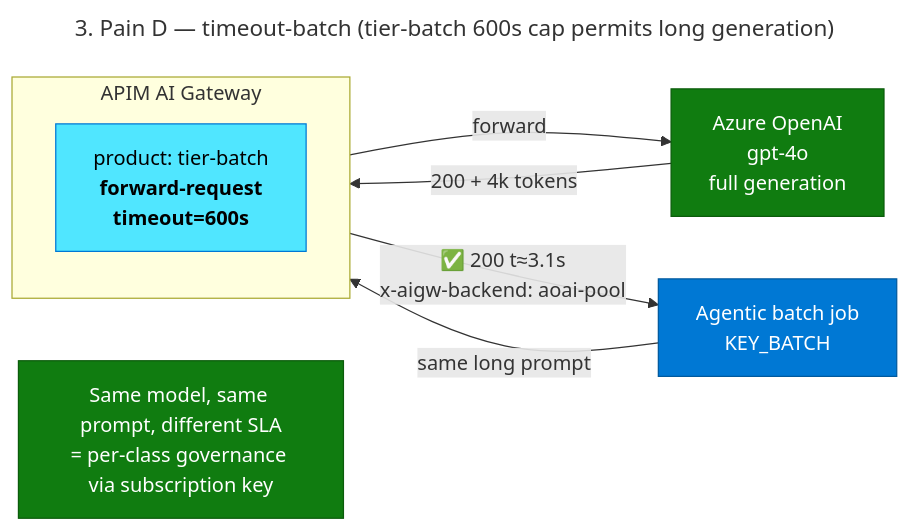
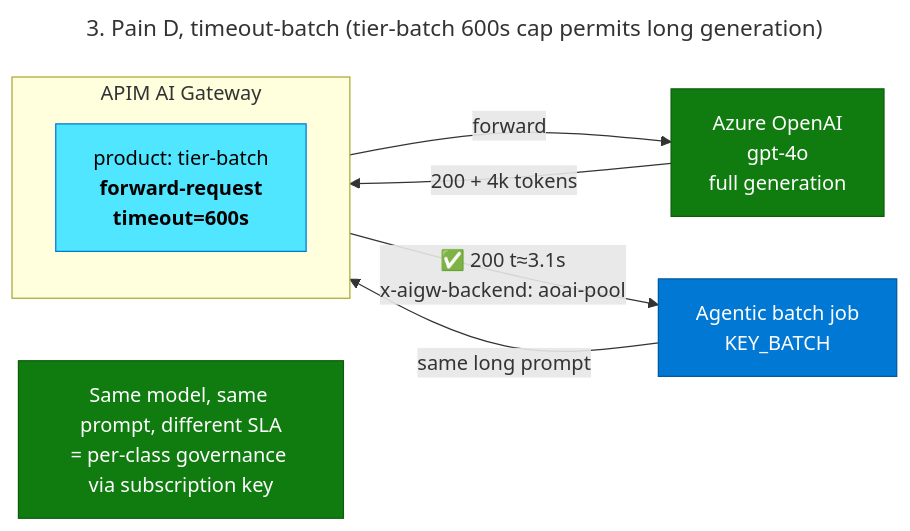
One commit to renepajta/apim-ai-gateway-lab changed the diagram in notebooks/diagrams/03-timeout-batch.mmd. Above: the diagram before and after it, drawn with Mermaid. The commit also changed 53 other files, not shown here.

```diff
--- a/notebooks/diagrams/03-timeout-batch.mmd
+++ b/notebooks/diagrams/03-timeout-batch.mmd
@@ -1,22 +1,22 @@
 ---
-title: 3. Pain D — timeout-batch (tier-batch 600s cap permits long generation)
+title: 3. Pain D, timeout-batch (tier-batch 600s cap permits long generation)
 ---
 flowchart LR
     C["Agentic batch job<br/>KEY_BATCH"] -->|"same long prompt"| G
     subgraph G["APIM AI Gateway"]
         P1["product: tier-batch<br/><b>forward-request<br/>timeout=600s</b>"]
     end
     G -->|"forward"| B["Azure OpenAI<br/>gpt-4o<br/>full generation"]
     B -->|"200 + 4k tokens"| G
     G -->|"✅ 200 t≈3.1s<br/>x-aigw-backend: aoai-pool"| C
 
     note["Same model, same prompt, different SLA<br/>= per-class governance via subscription key"]
 
     classDef client fill:#0078D4,stroke:#005A9E,color:#fff
     classDef gw fill:#50E6FF,stroke:#0078D4,color:#000
     classDef be fill:#107C10,stroke:#0B5C0B,color:#fff
     classDef good fill:#107C10,stroke:#0B5C0B,color:#fff
     class C client
     class P1 gw
     class B be
     class note good
```
